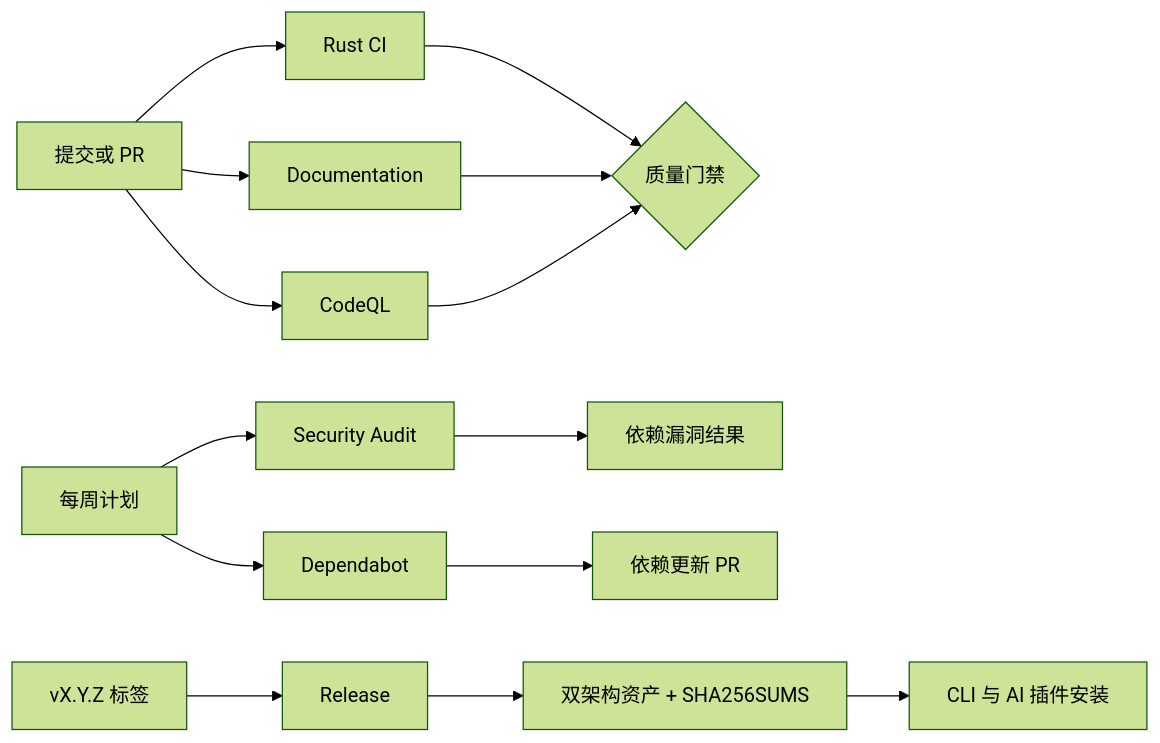
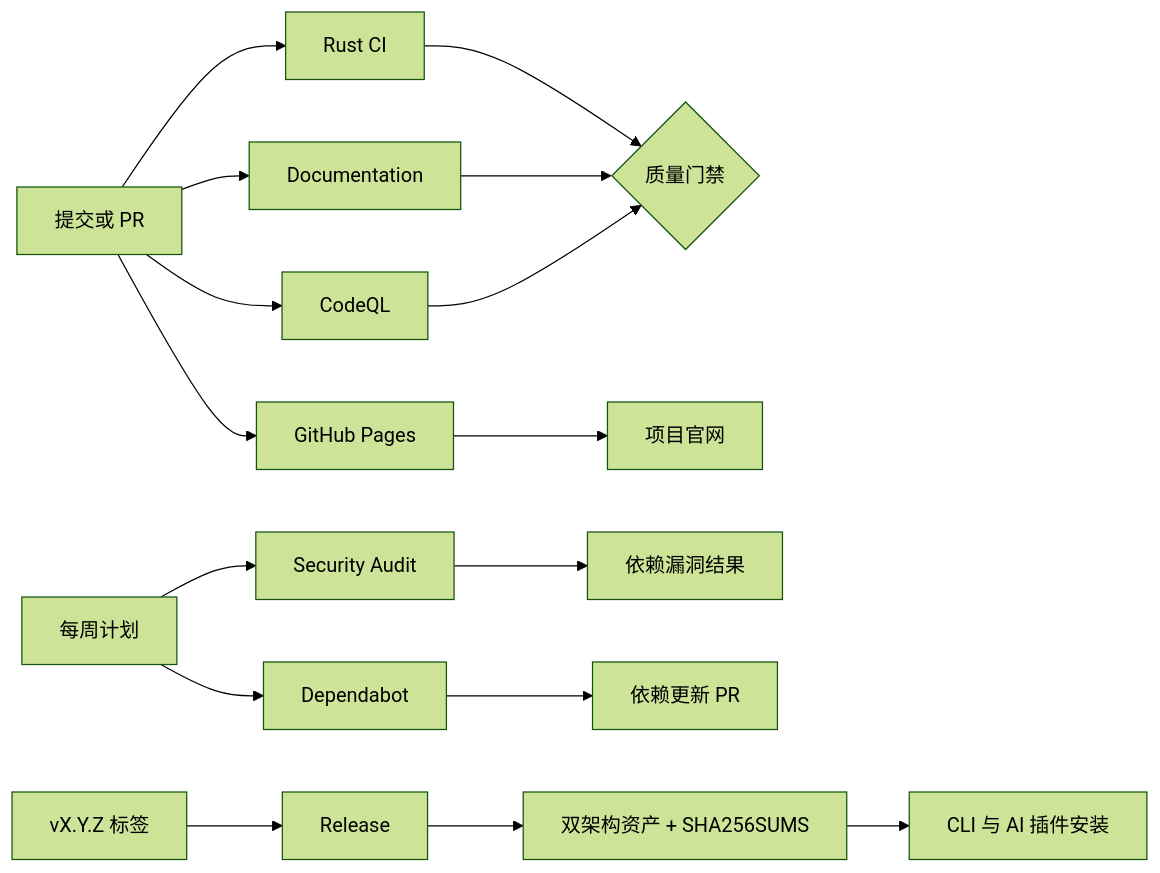
Before and after one commit to XieWeikai/tieba-image-downloader: the first of 2 diagrams in docs/workflows.md, drawn with Mermaid (forest theme). The commit also changed other lines of this file and 9 other files, not shown here.

````diff
--- a/docs/workflows.md
+++ b/docs/workflows.md
@@ -9,16 +9,18 @@
 ```mermaid
 flowchart LR
     A[提交或 PR] --> B[Rust CI]
     A --> C[Documentation]
     A --> D[CodeQL]
+    A --> P[GitHub Pages]
     S[每周计划] --> E[Security Audit]
     S --> F[Dependabot]
     T[vX.Y.Z 标签] --> G[Release]
     B --> H{质量门禁}
     C --> H
     D --> H
     E --> I[依赖漏洞结果]
     F --> J[依赖更新 PR]
     G --> K[双架构资产 + SHA256SUMS]
     K --> L[CLI 与 AI 插件安装]
+    P --> W[项目官网]
 ```
````
